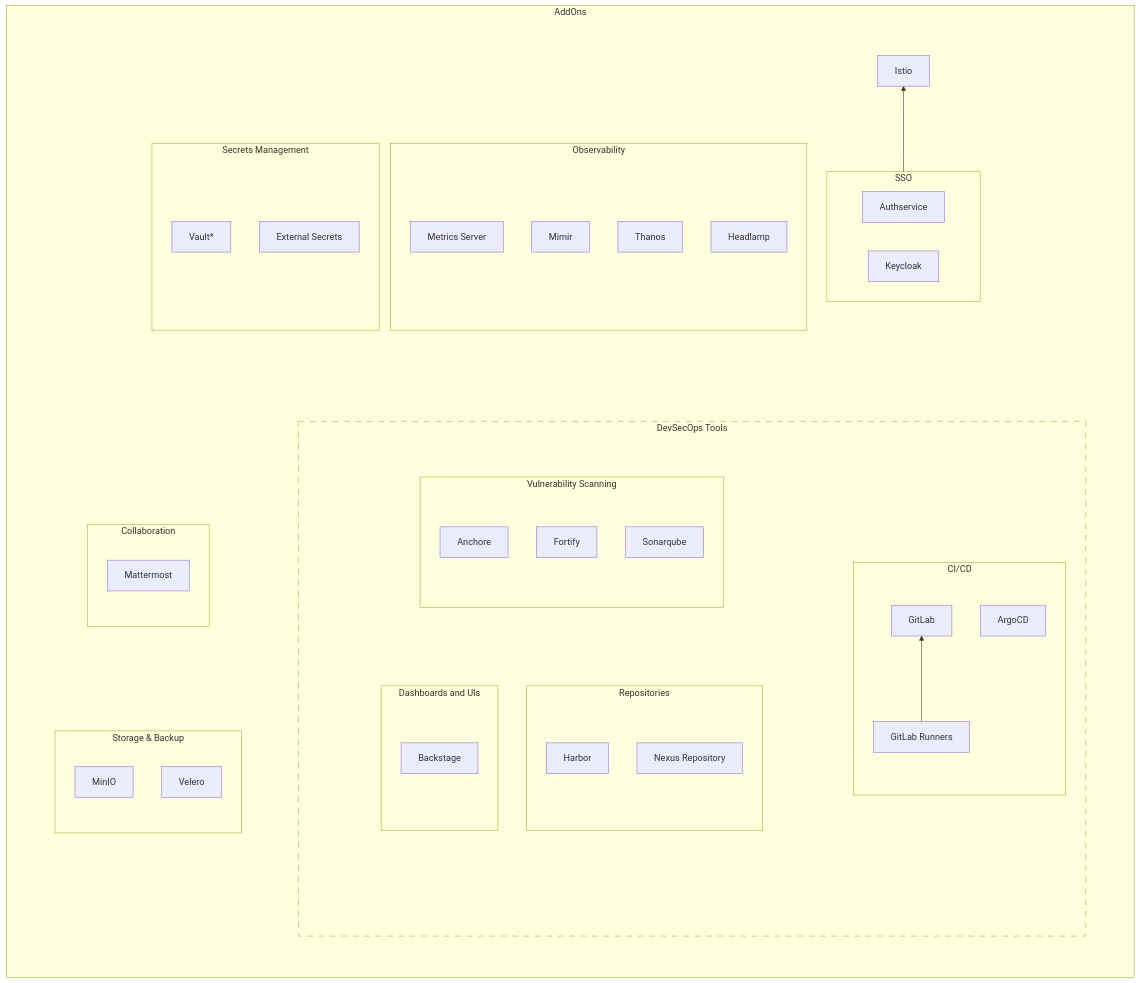
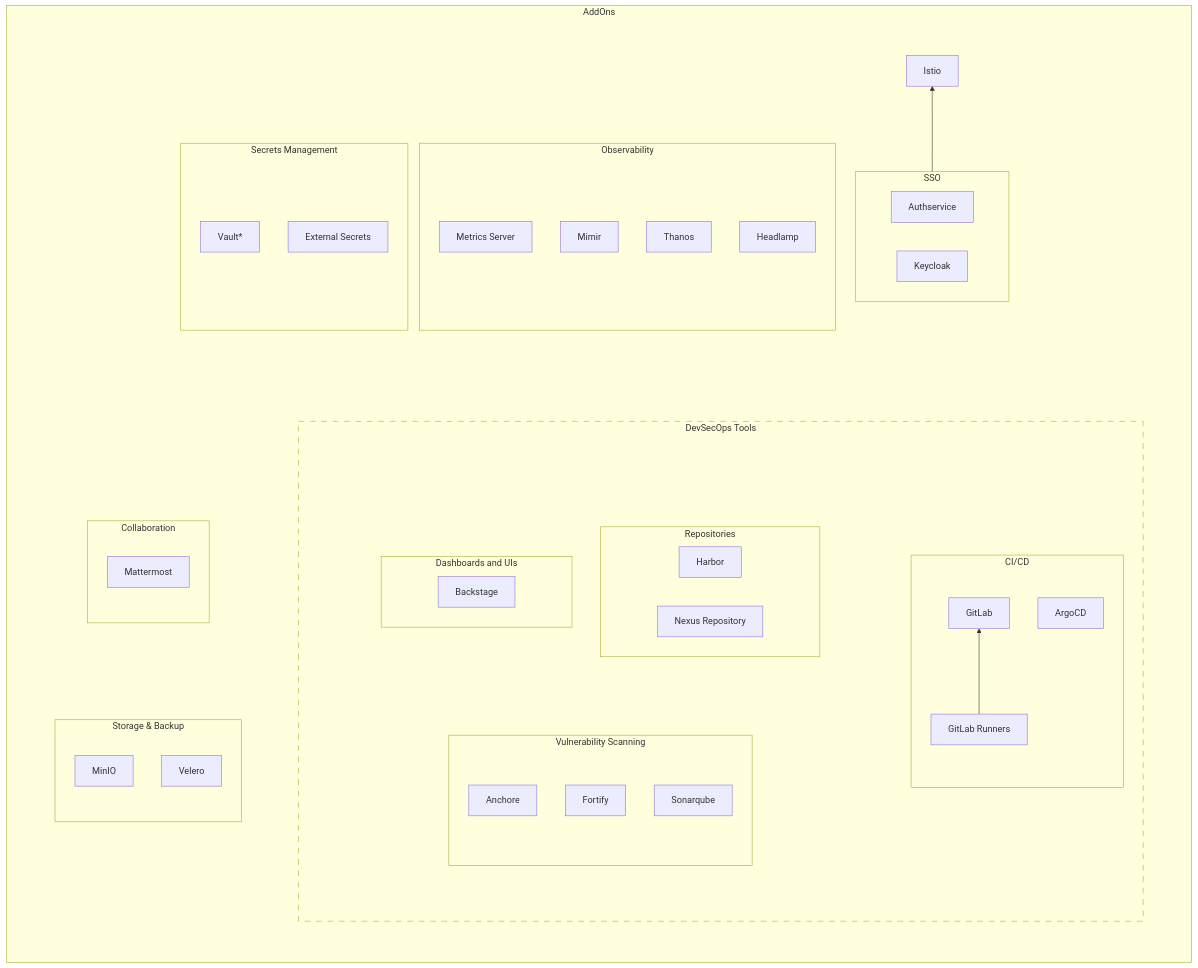
One commit to shebashio/bigbang changed the second of 2 diagrams in docs/understanding-bigbang/package-architecture/README.md. Above: the diagram before and after it, drawn with Mermaid.

Commit message:
devsecops reorg

```diff
--- a/docs/understanding-bigbang/package-architecture/README.md
+++ b/docs/understanding-bigbang/package-architecture/README.md
@@ -126,12 +126,21 @@
           ArgoCD
         end
         subgraph DT-1[ ]
-          style DT-1 fill:transparent,stroke:transparent
-          direction LR
+        style DT-1 fill:transparent,stroke:transparent
+        direction LR
+
+          subgraph Scan[Vulnerability Scanning]
+          direction BT
+            Anchore
+            Fortify
+            Sonarqube
+          end
+
           subgraph DT-2[ ]
-            style DT-2 fill:transparent,stroke:transparent
-            direction BT
+          style DT-2 fill:transparent,stroke:transparent
+          direction BT
             subgraph Repo[Repositories]
+            direction LR
               Harbor
               Nexus[Nexus Repository]
             end
@@ -139,12 +148,7 @@
               Backstage
             end
           end
-          subgraph Scan[Vulnerability Scanning]
-          direction BT
-            Anchore
-            Fortify
-            Sonarqube
-          end
+
         end
       end
 
```
